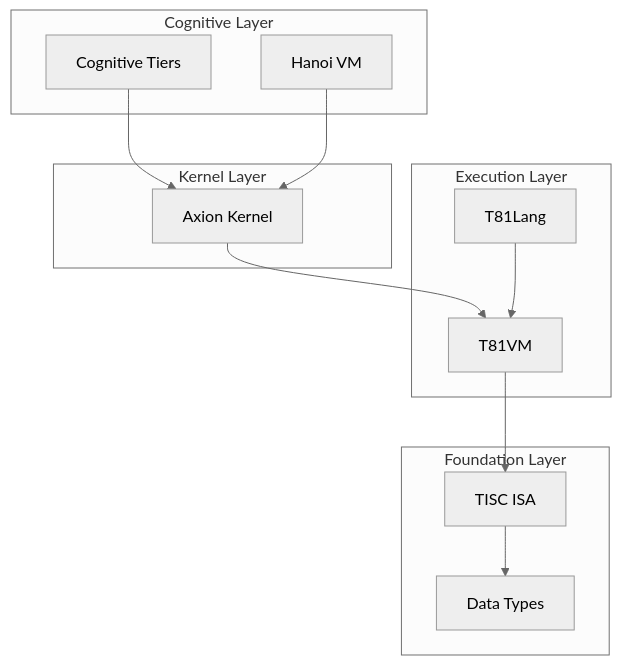
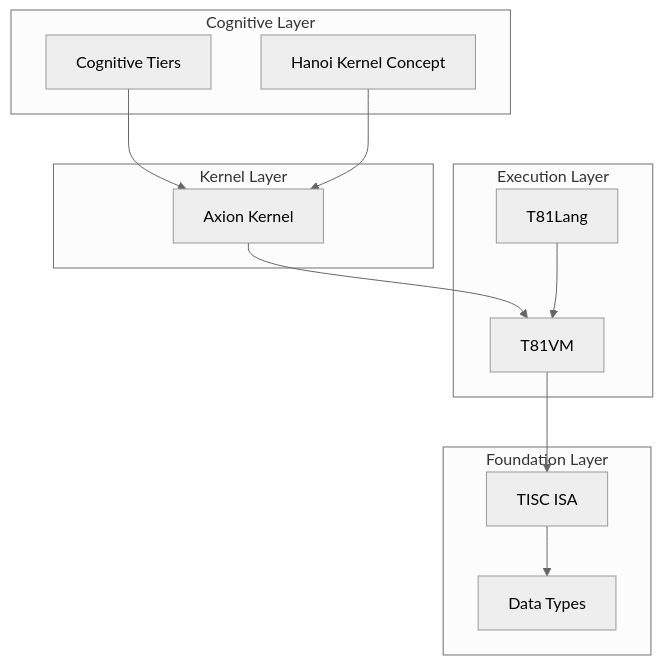
The first of 2 diagrams in docs/architecture/OVERVIEW.md (ryansctt1994-sudo/t81-foundation), drawn with Mermaid (neutral theme) before and after one commit. The commit also changed other lines of this file and 9 other files, not shown here.

````diff
--- a/docs/architecture/OVERVIEW.md
+++ b/docs/architecture/OVERVIEW.md
@@ -29,25 +29,25 @@
 ```mermaid
 graph TD
     subgraph "Cognitive Layer"
         F[Cognitive Tiers]
-        G[Hanoi VM]
+        G[Hanoi Kernel Concept]
     end
     subgraph "Kernel Layer"
         E[Axion Kernel]
     end
     subgraph "Execution Layer"
         C[T81VM]
         D[T81Lang]
     end
     subgraph "Foundation Layer"
         A[Data Types]
         B[TISC ISA]
     end
 
     F --> E
     G --> E
     E --> C
     D --> C
     C --> B
     B --> A
 ```
````
